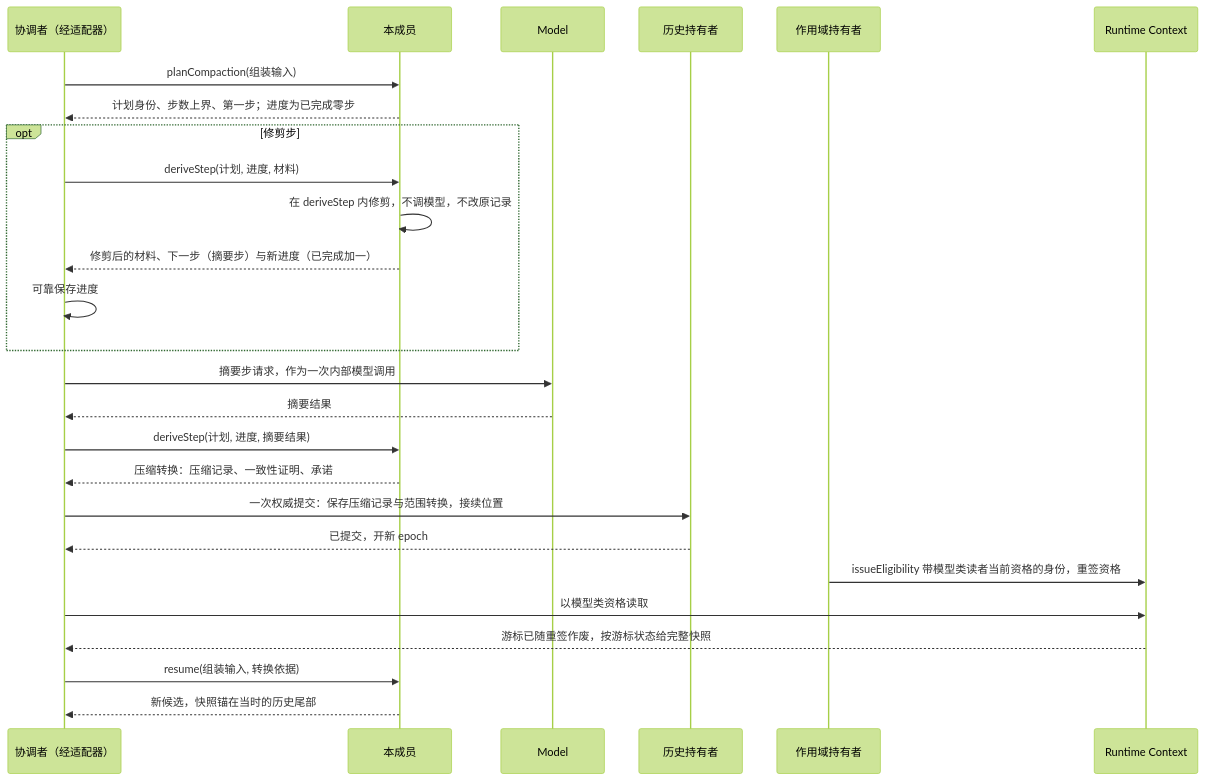
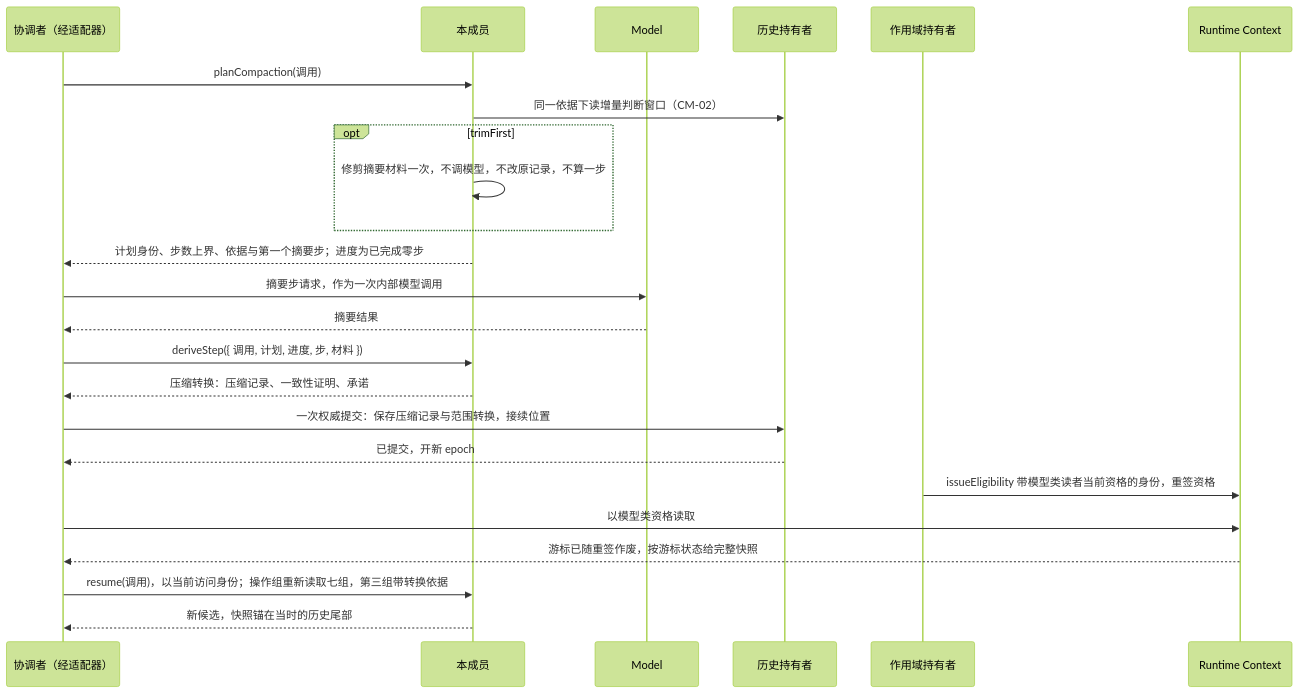
The third of 6 diagrams in packages/context/request-context-contract/docs/flows.md (nemori-ai/omne-harness-lite), drawn with Mermaid (forest theme) before and after one commit. The commit also changed other lines of this file and 114 other files, not shown here.

````diff
--- a/packages/context/request-context-contract/docs/flows.md
+++ b/packages/context/request-context-contract/docs/flows.md
@@ -88,28 +90,26 @@
 ```mermaid
 sequenceDiagram
   participant C as 协调者（经适配器）
   participant R as 本成员
   participant M as Model
   participant H as 历史持有者
   participant S as 作用域持有者
   participant RC as Runtime Context
-  C->>R: planCompaction(组装输入)
-  R-->>C: 计划身份、步数上界、第一步；进度为已完成零步
-  opt 修剪步
-    C->>R: deriveStep(计划, 进度, 材料)
-    R->>R: 在 deriveStep 内修剪，不调模型，不改原记录
-    R-->>C: 修剪后的材料、下一步（摘要步）与新进度（已完成加一）
-    C->>C: 可靠保存进度
+  C->>R: planCompaction(调用)
+  R->>H: 同一依据下读增量判断窗口（CM-02）
+  opt trimFirst
+    R->>R: 修剪摘要材料一次，不调模型，不改原记录，不算一步
   end
+  R-->>C: 计划身份、步数上界、依据与第一个摘要步；进度为已完成零步
   C->>M: 摘要步请求，作为一次内部模型调用
   M-->>C: 摘要结果
-  C->>R: deriveStep(计划, 进度, 摘要结果)
+  C->>R: deriveStep({ 调用, 计划, 进度, 步, 材料 })
   R-->>C: 压缩转换：压缩记录、一致性证明、承诺
   C->>H: 一次权威提交：保存压缩记录与范围转换，接续位置
   H-->>C: 已提交，开新 epoch
   S->>RC: issueEligibility 带模型类读者当前资格的身份，重签资格
   C->>RC: 以模型类资格读取
   RC-->>C: 游标已随重签作废，按游标状态给完整快照
-  C->>R: resume(组装输入, 转换依据)
+  C->>R: resume(调用)，以当前访问身份；操作组重新读取七组，第三组带转换依据
   R-->>C: 新候选，快照锚在当时的历史尾部
 ```
````
